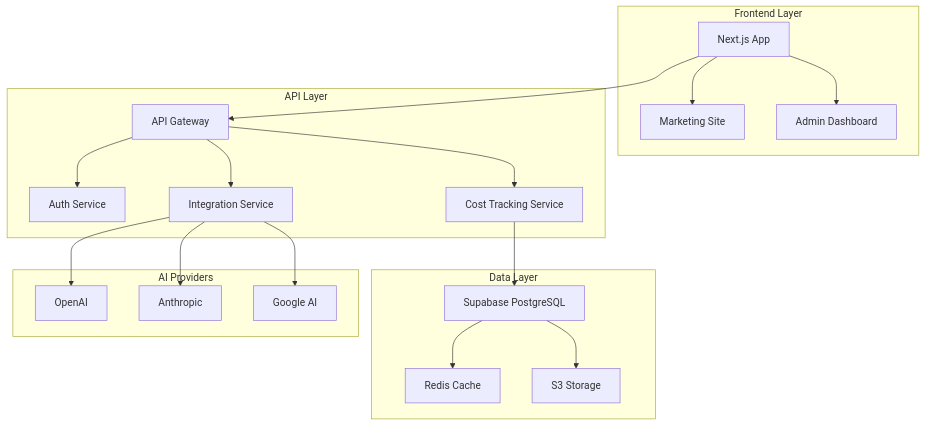
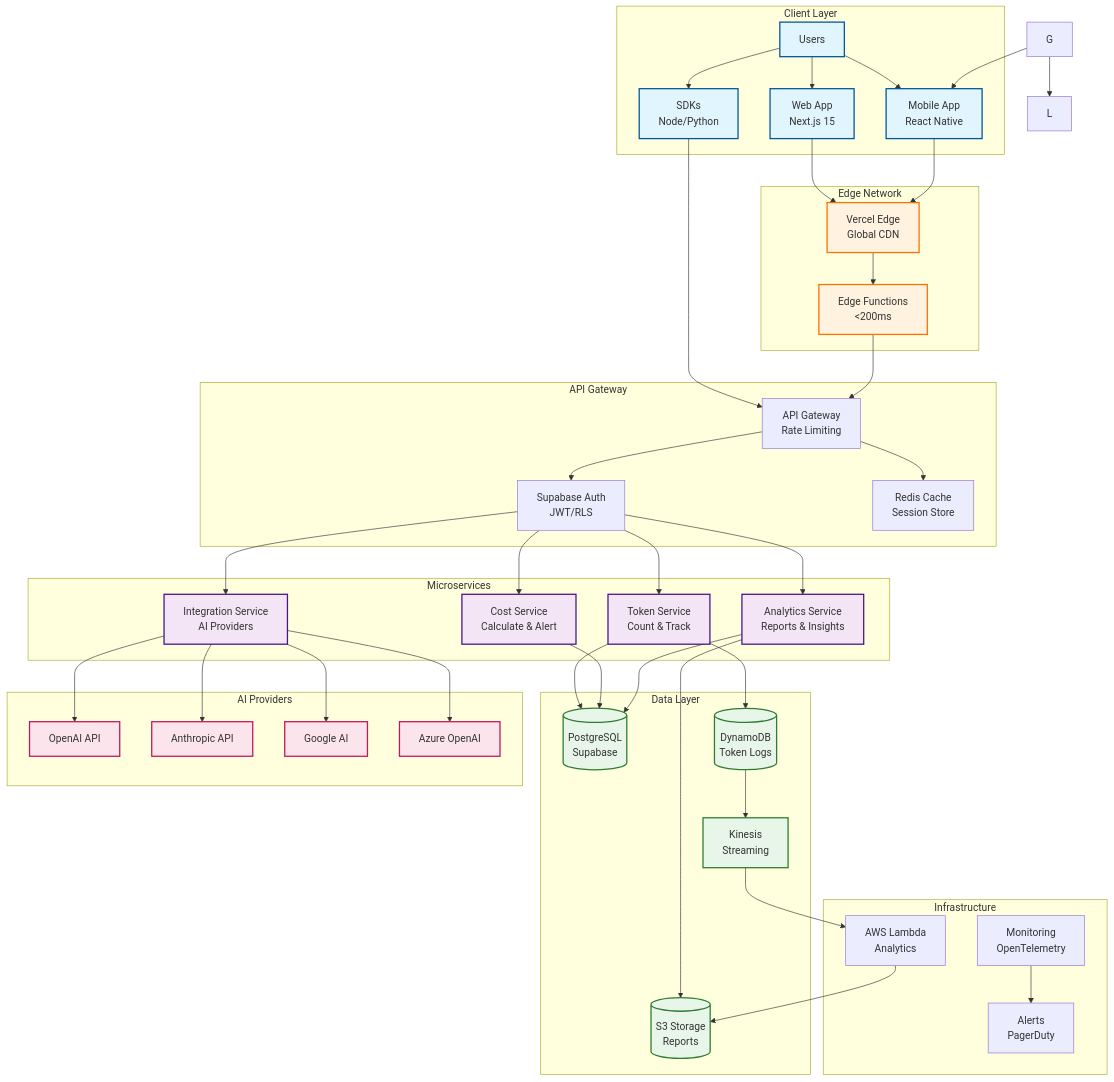
Before and after one commit to lfriedbauer/meterr: the diagram in docs-portal/docs/architecture.md, drawn with Mermaid. The commit also changed 34 other files, not shown here.

````diff
--- a/docs-portal/docs/architecture.md
+++ b/docs-portal/docs/architecture.md
@@ -24,30 +24,85 @@
 ```mermaid
 graph TB
-    subgraph "Frontend Layer"
-        A[Next.js App] --> B[Marketing Site]
-        A --> C[Admin Dashboard]
+    subgraph "Client Layer"
+        U[Users] --> W[Web App<br/>Next.js 15]
+        U --> M[Mobile App<br/>React Native]
+        U --> SDK[SDKs<br/>Node/Python]
     end
     
-    subgraph "API Layer"
-        D[API Gateway] --> E[Auth Service]
-        D --> F[Cost Tracking Service]
-        D --> G[Integration Service]
+    subgraph "Edge Network"
+        CDN[Vercel Edge<br/>Global CDN]
+        EF[Edge Functions<br/><200ms]
+    end
+    
+    subgraph "API Gateway"
+        AG[API Gateway<br/>Rate Limiting]
+        AUTH[Supabase Auth<br/>JWT/RLS]
+        CACHE[Redis Cache<br/>Session Store]
+    end
+    
+    subgraph "Microservices"
+        TS[Token Service<br/>Count & Track]
+        CS[Cost Service<br/>Calculate & Alert]
+        AS[Analytics Service<br/>Reports & Insights]
+        IS[Integration Service<br/>AI Providers]
     end
     
     subgraph "Data Layer"
-        H[Supabase PostgreSQL] --> I[Redis Cache]
-        H --> J[S3 Storage]
+        PG[(PostgreSQL<br/>Supabase)]
+        DDB[(DynamoDB<br/>Token Logs)]
+        S3[(S3 Storage<br/>Reports)]
+        KIN[Kinesis<br/>Streaming]
     end
     
     subgraph "AI Providers"
-        K[OpenAI] 
-        L[Anthropic]
-        M[Google AI]
+        OAI[OpenAI API]
+        ANT[Anthropic API]
+        GCP[Google AI]
+        AZR[Azure OpenAI]
     end
     
-    A --> D
-    F --> H
-    G --> K
+    subgraph "Infrastructure"
+        LAMB[AWS Lambda<br/>Analytics]
+        MON[Monitoring<br/>OpenTelemetry]
+        ALT[Alerts<br/>PagerDuty]
+    end
+    
+    W --> CDN
+    M --> CDN
+    SDK --> AG
+    CDN --> EF
+    EF --> AG
+    AG --> AUTH
+    AG --> CACHE
+    AUTH --> TS
+    AUTH --> CS
+    AUTH --> AS
+    AUTH --> IS
+    TS --> PG
+    TS --> DDB
+    CS --> PG
+    AS --> PG
+    AS --> S3
+    IS --> OAI
+    IS --> ANT
+    IS --> GCP
+    IS --> AZR
+    DDB --> KIN
+    KIN --> LAMB
+    LAMB --> S3
+    MON --> ALT
+    
+    classDef client fill:#e1f5fe,stroke:#01579b,stroke-width:2px
+    classDef edge fill:#fff3e0,stroke:#ff6f00,stroke-width:2px
+    classDef service fill:#f3e5f5,stroke:#4a148c,stroke-width:2px
+    classDef data fill:#e8f5e9,stroke:#2e7d32,stroke-width:2px
+    classDef ai fill:#fce4ec,stroke:#c2185b,stroke-width:2px
+    
+    class U,W,M,SDK client
+    class CDN,EF edge
+    class TS,CS,AS,IS service
+    class PG,DDB,S3,KIN data
+    class OAI,ANT,GCP,AZR ai
     G --> L
     G --> M
 ```
````
